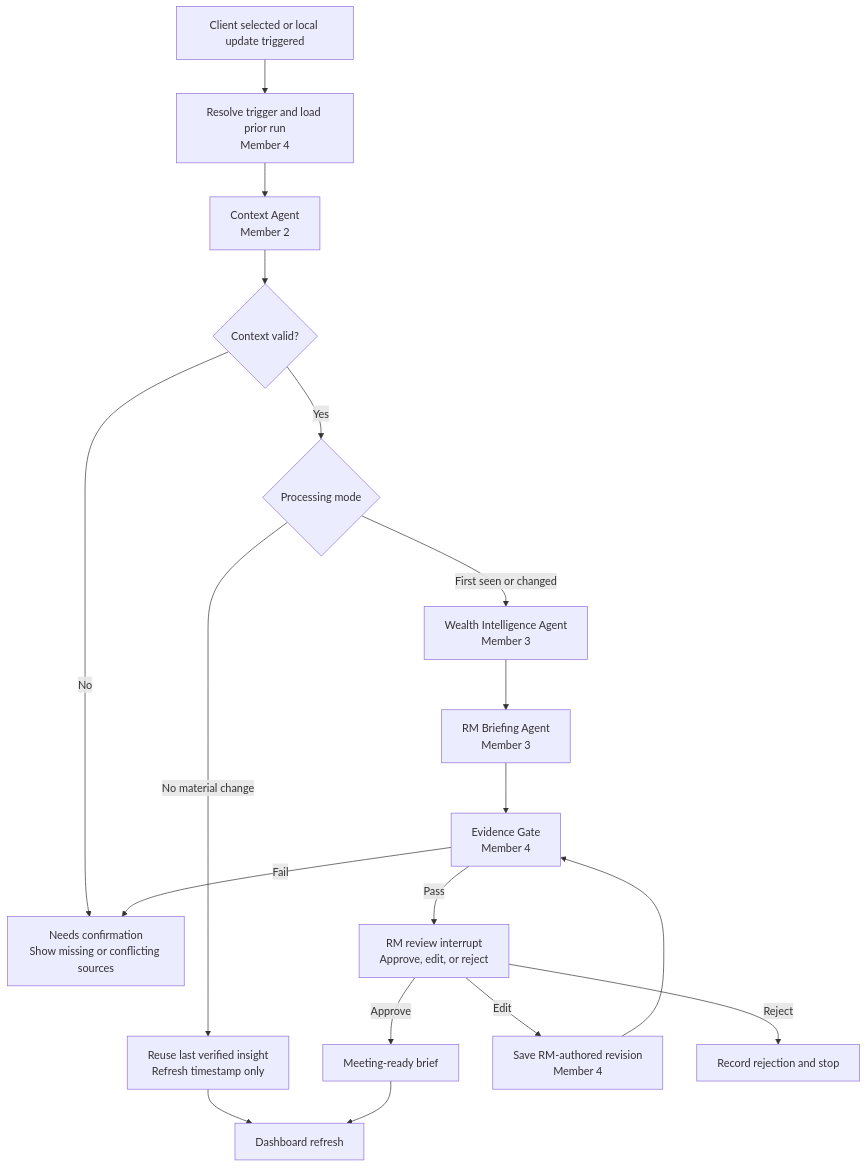
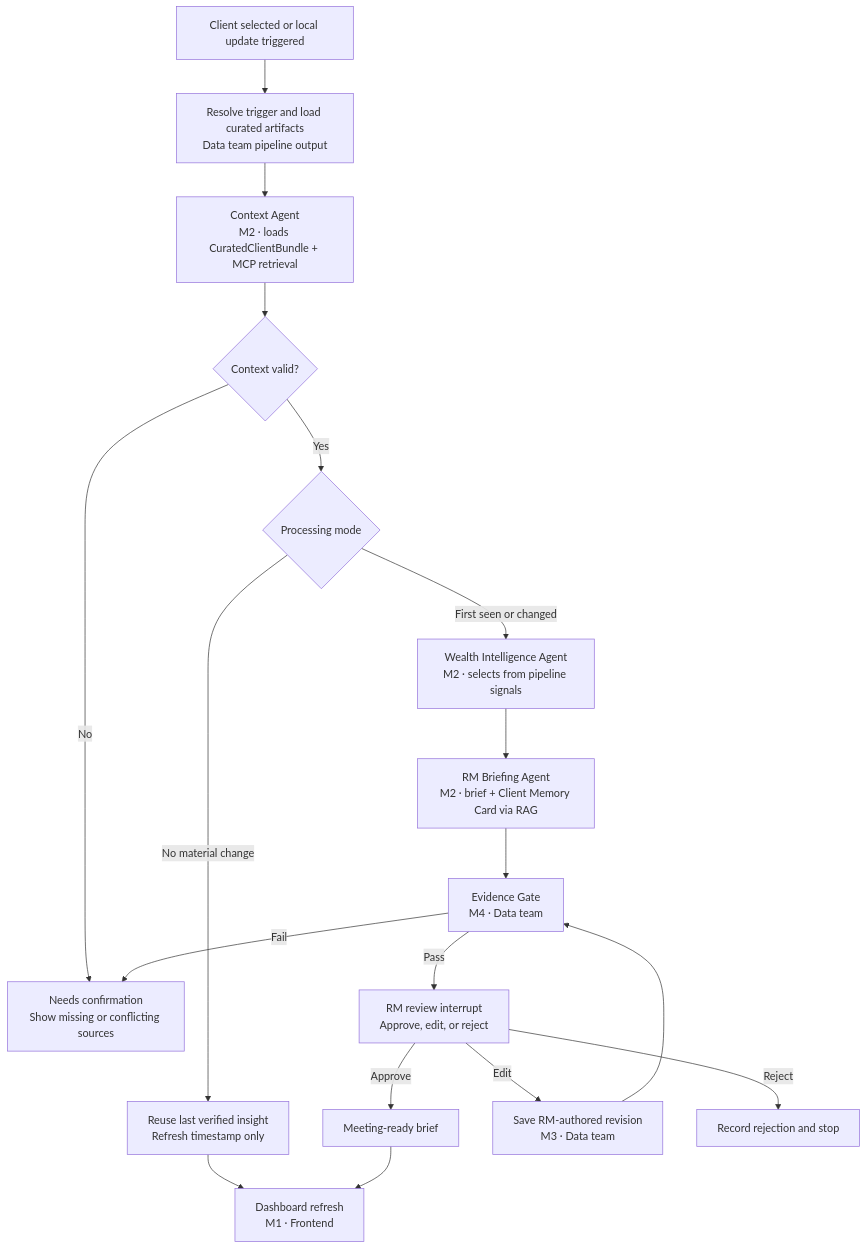
The first of 4 diagrams in docs/PRD_TEAMS_RM_INTELLIGENCE.md (choiwab/SingHacks-2026), drawn with Mermaid before and after one commit. The commit also changed other lines of this file, not shown here.

````diff
--- a/docs/PRD_TEAMS_RM_INTELLIGENCE.md
+++ b/docs/PRD_TEAMS_RM_INTELLIGENCE.md
@@ -253,20 +324,20 @@
 ```mermaid
 flowchart TD
-    A[Client selected or local update triggered] --> B[Resolve trigger and load prior run<br/>Member 4]
-    B --> C[Context Agent<br/>Member 2]
+    A[Client selected or local update triggered] --> B[Resolve trigger and load curated artifacts<br/>Data team pipeline output]
+    B --> C[Context Agent<br/>M2 · loads CuratedClientBundle + MCP retrieval]
     C --> D{Context valid?}
     D -->|No| E[Needs confirmation<br/>Show missing or conflicting sources]
     D -->|Yes| F{Processing mode}
     F -->|No material change| G[Reuse last verified insight<br/>Refresh timestamp only]
-    F -->|First seen or changed| H[Wealth Intelligence Agent<br/>Member 3]
-    H --> I[RM Briefing Agent<br/>Member 3]
-    I --> J[Evidence Gate<br/>Member 4]
+    F -->|First seen or changed| H[Wealth Intelligence Agent<br/>M2 · selects from pipeline signals]
+    H --> I[RM Briefing Agent<br/>M2 · brief + Client Memory Card via RAG]
+    I --> J[Evidence Gate<br/>M4 · Data team]
     J -->|Fail| E
     J -->|Pass| K[RM review interrupt<br/>Approve, edit, or reject]
     K -->|Approve| L[Meeting-ready brief]
-    K -->|Edit| M[Save RM-authored revision<br/>Member 4]
+    K -->|Edit| M[Save RM-authored revision<br/>M3 · Data team]
     M --> J
     K -->|Reject| N[Record rejection and stop]
-    G --> O[Dashboard refresh]
+    G --> O[Dashboard refresh<br/>M1 · Frontend]
     L --> O
 ```
````
